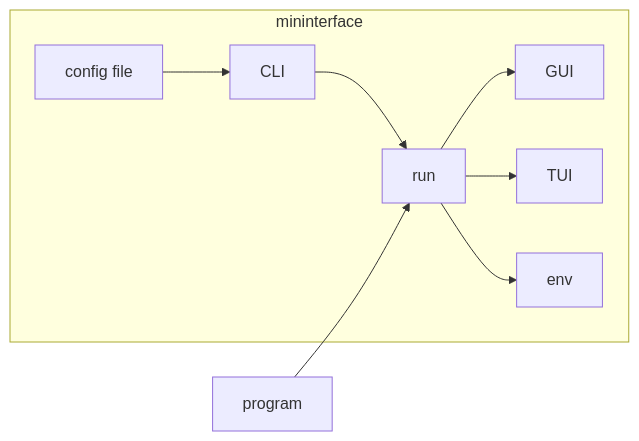
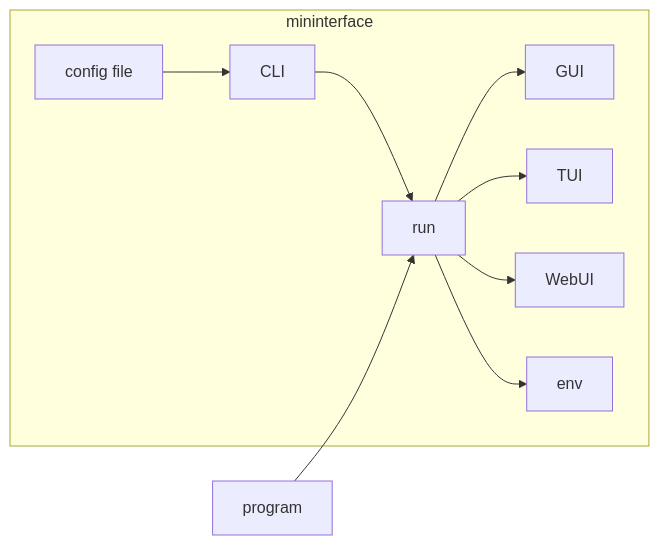
Before and after one commit to CZ-NIC/mininterface: the diagram in docs/Overview.md, drawn with Mermaid. The commit also changed other lines of this file and 36 other files, not shown here.

````diff
--- a/docs/Overview.md
+++ b/docs/Overview.md
@@ -3,11 +3,12 @@
 ```mermaid
 graph LR
     subgraph mininterface
         run --> GUI
         run --> TUI
+        run --> WebUI
         run --> env
         CLI --> run
         id1[config file] --> CLI
     end
     program --> run
 ```
````
